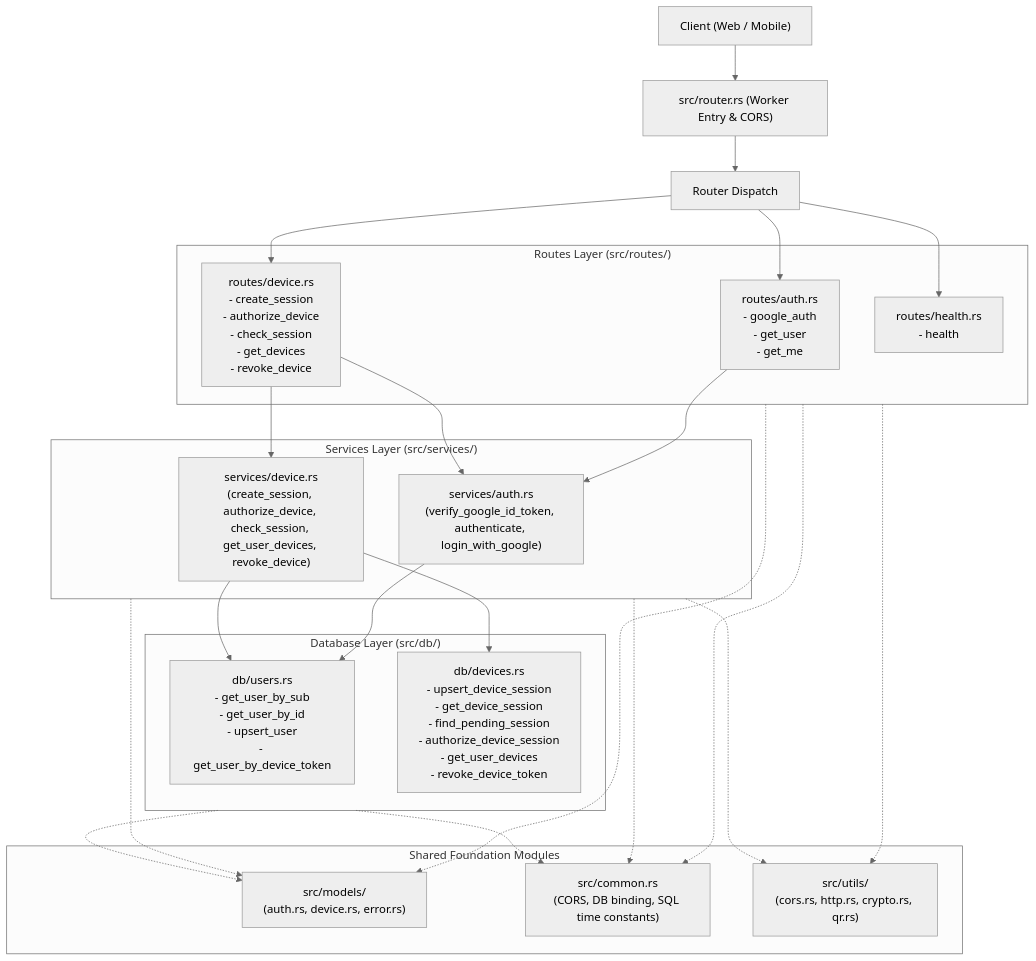
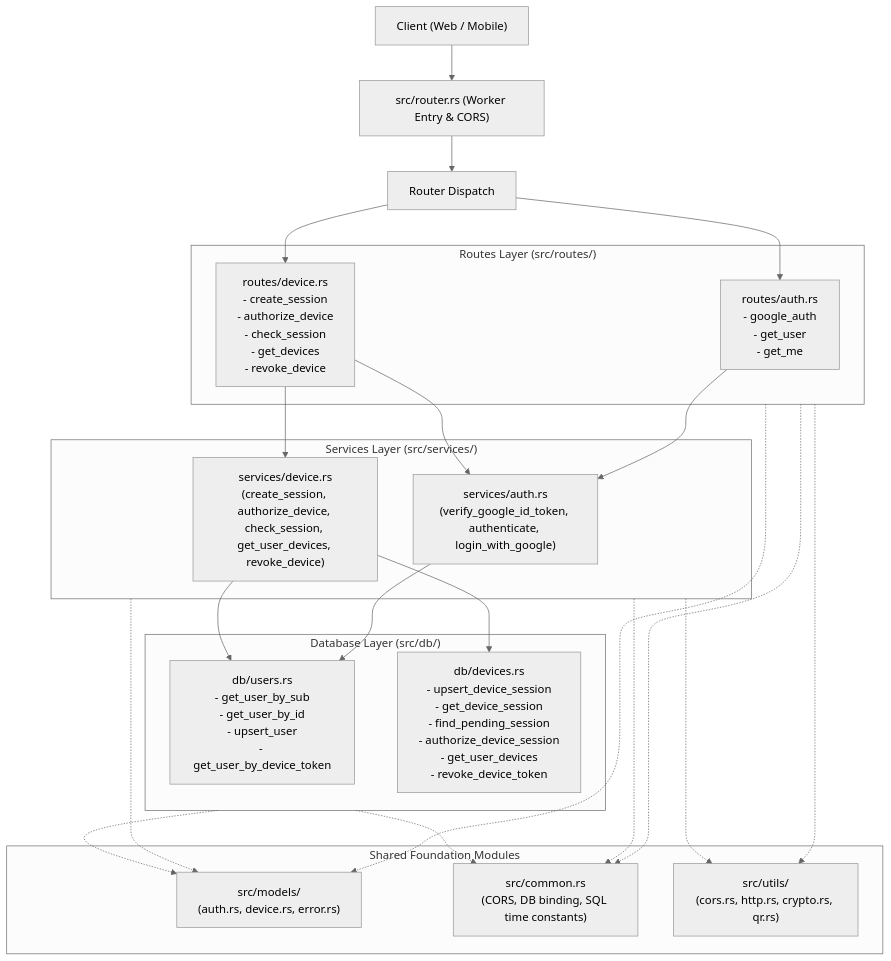
The diagram in backend/architecture.md (solvePao/dashboard), drawn with Mermaid (neutral theme) before and after one commit. The commit also changed other lines of this file and 84 other files, not shown here.

````diff
--- a/backend/architecture.md
+++ b/backend/architecture.md
@@ -58,48 +59,46 @@
 ```mermaid
 flowchart TD
     Client["Client (Web / Mobile)"] --> Entry["src/router.rs (Worker Entry & CORS)"]
     Entry --> Router["Router Dispatch"]
     
     subgraph RoutesLayer["Routes Layer (src/routes/)"]
         AuthRoutes["routes/auth.rs\n- google_auth\n- get_user\n- get_me"]
         DeviceRoutes["routes/device.rs\n- create_session\n- authorize_device\n- check_session\n- get_devices\n- revoke_device"]
-        HealthRoutes["routes/health.rs\n- health"]
     end
     
     Router --> AuthRoutes
     Router --> DeviceRoutes
-    Router --> HealthRoutes
 
     subgraph ServicesLayer["Services Layer (src/services/)"]
         AuthService["services/auth.rs\n(verify_google_id_token, authenticate, login_with_google)"]
         DeviceService["services/device.rs\n(create_session, authorize_device, check_session, get_user_devices, revoke_device)"]
     end
 
     AuthRoutes --> AuthService
     DeviceRoutes --> AuthService
     DeviceRoutes --> DeviceService
 
     subgraph DBLayer["Database Layer (src/db/)"]
         UserDB["db/users.rs\n- get_user_by_sub\n- get_user_by_id\n- upsert_user\n- get_user_by_device_token"]
         DeviceDB["db/devices.rs\n- upsert_device_session\n- get_device_session\n- find_pending_session\n- authorize_device_session\n- get_user_devices\n- revoke_device_token"]
     end
 
     AuthService --> UserDB
     DeviceService --> DeviceDB
     DeviceService --> UserDB
 
     subgraph SharedModules["Shared Foundation Modules"]
         Models["src/models/\n(auth.rs, device.rs, error.rs)"]
         Common["src/common.rs\n(CORS, DB binding, SQL time constants)"]
         Utils["src/utils/\n(cors.rs, http.rs, crypto.rs, qr.rs)"]
     end
 
     RoutesLayer -.-> Models
     RoutesLayer -.-> Utils
     RoutesLayer -.-> Common
     ServicesLayer -.-> Models
     ServicesLayer -.-> Utils
     ServicesLayer -.-> Common
     DBLayer -.-> Models
     DBLayer -.-> Common
 ```
````
